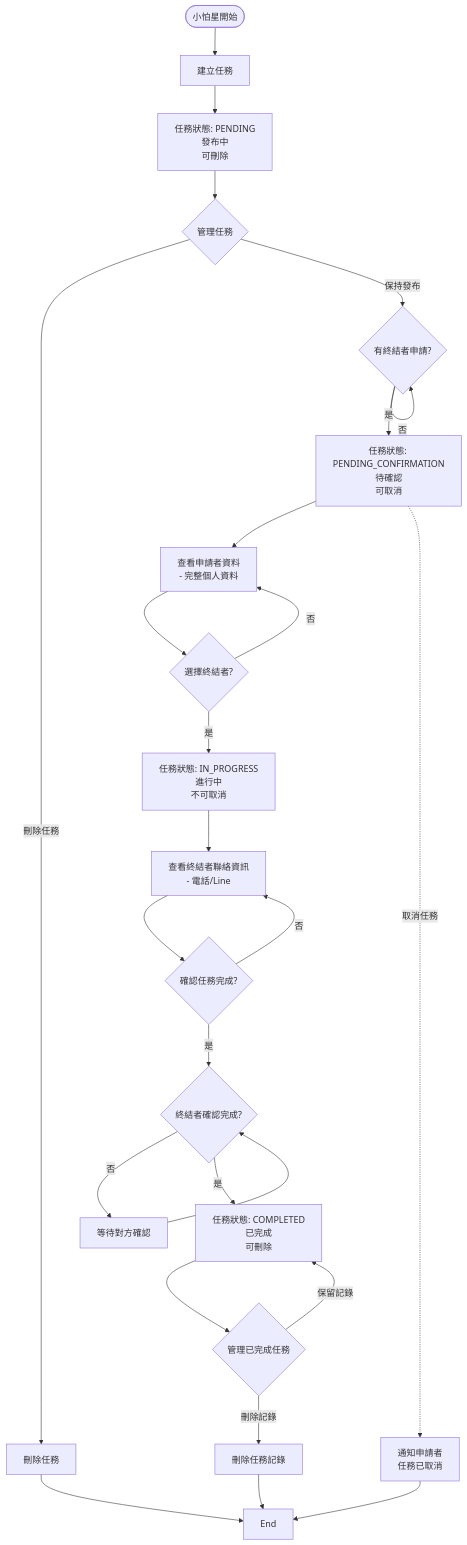
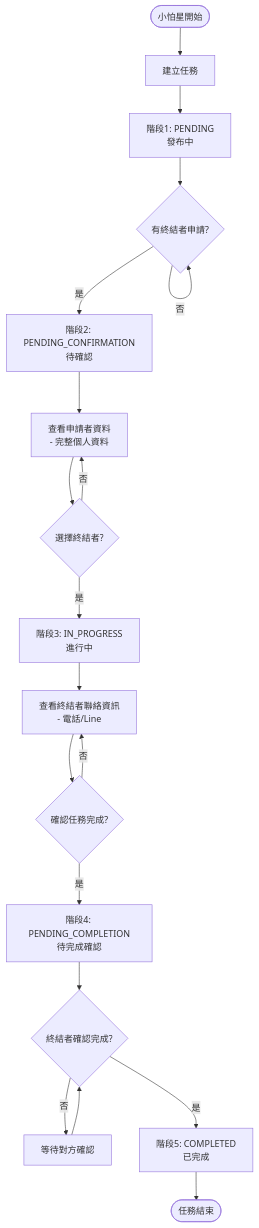
The first of 3 diagrams in docs/business-logic/role-flow-charts.md (eriksun0310/bug119), drawn with Mermaid before and after one commit. The commit also changed other lines of this file and 21 other files, not shown here.

````diff
--- a/docs/business-logic/role-flow-charts.md
+++ b/docs/business-logic/role-flow-charts.md
@@ -5,35 +5,26 @@
 ```mermaid
 flowchart TD
     Start([小怕星開始]) --> CreateTask[建立任務]
-    CreateTask --> PendingState[任務狀態: PENDING<br/>發布中<br/>可刪除]
+    CreateTask --> Stage1[階段1: PENDING<br/>發布中]
     
-    PendingState --> ManageTask{管理任務}
-    ManageTask -->|刪除任務| DeleteTask[刪除任務]
-    ManageTask -->|保持發布| WaitApplicants{有終結者申請?}
+    Stage1 --> WaitApplicants{有終結者申請?}
     WaitApplicants -->|否| WaitApplicants
-    WaitApplicants -->|是| PendingConfirmation[任務狀態: PENDING_CONFIRMATION<br/>待確認<br/>可取消]
+    WaitApplicants -->|是| Stage2[階段2: PENDING_CONFIRMATION<br/>待確認]
     
-    PendingConfirmation --> ViewApplicants[查看申請者資料<br/>- 完整個人資料<br/>]
+    Stage2 --> ViewApplicants[查看申請者資料<br/>- 完整個人資料]
     ViewApplicants --> SelectTerminator{選擇終結者?}
     SelectTerminator -->|否| ViewApplicants
-    SelectTerminator -->|是| InProgress[任務狀態: IN_PROGRESS<br/>進行中<br/>不可取消]
+    SelectTerminator -->|是| Stage3[階段3: IN_PROGRESS<br/>進行中]
     
-    InProgress --> ViewContactInfo[查看終結者聯絡資訊<br/>- 電話/Line]
+    Stage3 --> ViewContactInfo[查看終結者聯絡資訊<br/>- 電話/Line]
     ViewContactInfo --> TaskCompleted{確認任務完成?}
     TaskCompleted -->|否| ViewContactInfo
-    TaskCompleted -->|是| WaitTerminatorConfirm{終結者確認完成?}
+    TaskCompleted -->|是| Stage4[階段4: PENDING_COMPLETION<br/>待完成確認]
     
+    Stage4 --> WaitTerminatorConfirm{終結者確認完成?}
     WaitTerminatorConfirm -->|否| WaitingConfirmation[等待對方確認]
     WaitingConfirmation --> WaitTerminatorConfirm
-    WaitTerminatorConfirm -->|是| CompletedState[任務狀態: COMPLETED<br/>已完成<br/>可刪除]
+    WaitTerminatorConfirm -->|是| Stage5[階段5: COMPLETED<br/>已完成]
     
-    CompletedState --> ManageCompleted{管理已完成任務}
-    ManageCompleted -->|刪除記錄| DeleteCompleted[刪除任務記錄]
-    ManageCompleted -->|保留記錄| CompletedState
-    
-    %% 異常流程
-    DeleteTask --> End
-    DeleteCompleted --> End
-    PendingConfirmation -.->|取消任務| NotifyApplicants[通知申請者<br/>任務已取消]
-    NotifyApplicants --> End
+    Stage5 --> End([任務結束])
 ```
````
